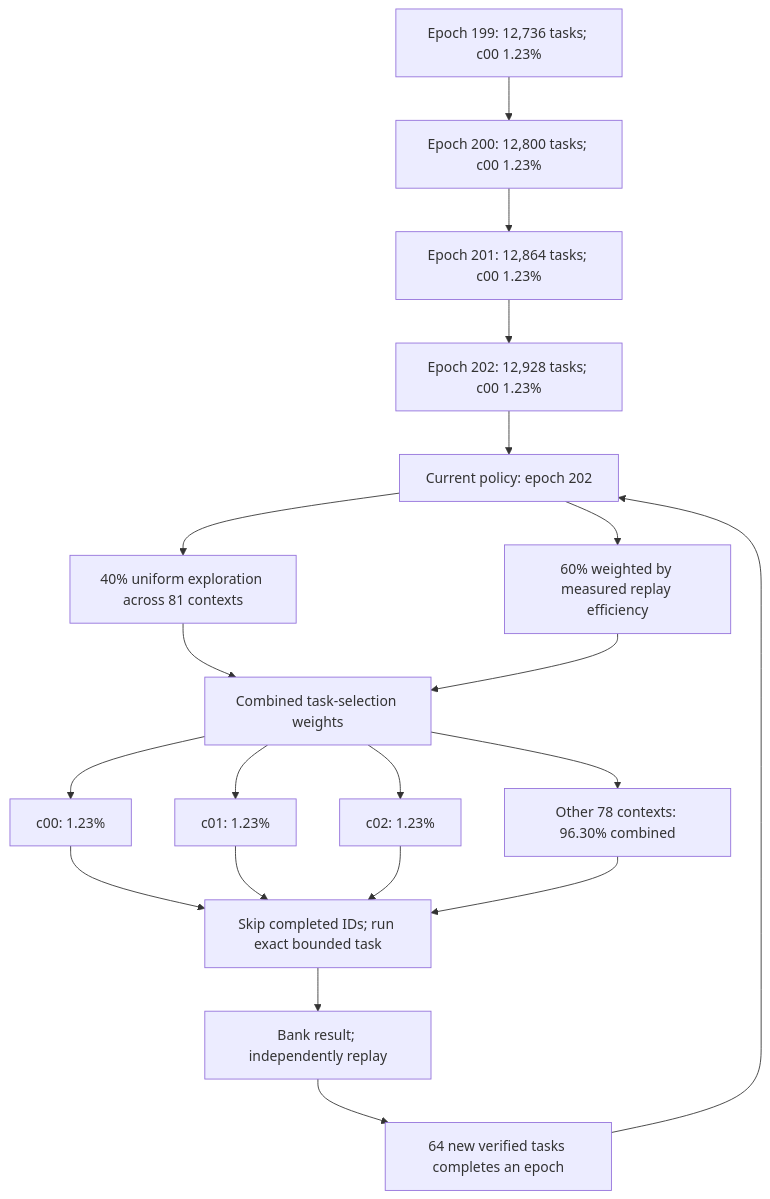
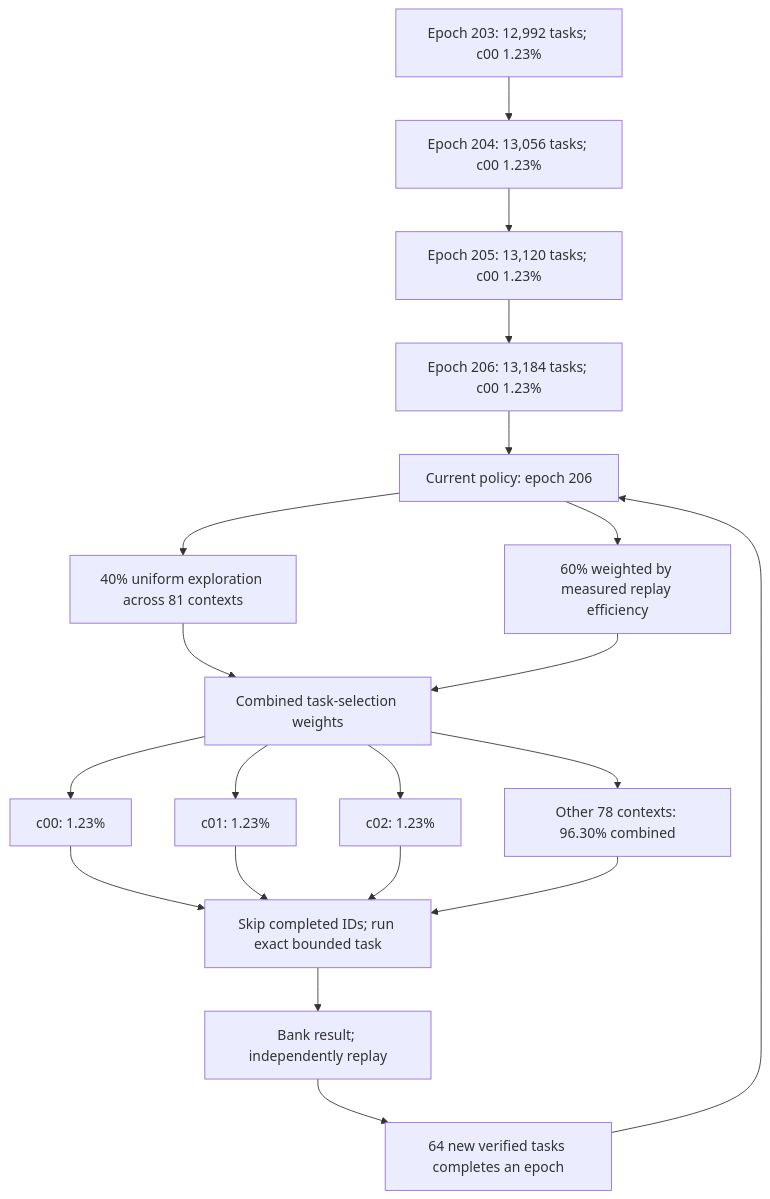
The diagram in README.md (Kuberwastaken/math-gambling), drawn with Mermaid before and after one commit. The commit also changed other lines of this file and 594 other files, not shown here.

````diff
--- a/README.md
+++ b/README.md
@@ -49,27 +49,27 @@
 ```mermaid
 flowchart TD
-    H0["Epoch 199: 12,736 tasks; c00 1.23%"]
-    H1["Epoch 200: 12,800 tasks; c00 1.23%"]
+    H0["Epoch 203: 12,992 tasks; c00 1.23%"]
+    H1["Epoch 204: 13,056 tasks; c00 1.23%"]
     H0 --> H1
-    H2["Epoch 201: 12,864 tasks; c00 1.23%"]
+    H2["Epoch 205: 13,120 tasks; c00 1.23%"]
     H1 --> H2
-    H3["Epoch 202: 12,928 tasks; c00 1.23%"]
+    H3["Epoch 206: 13,184 tasks; c00 1.23%"]
     H2 --> H3
-    Policy["Current policy: epoch 202"]
+    Policy["Current policy: epoch 206"]
     H3 --> Policy
     Policy --> Explore["40% uniform exploration across 81 contexts"]
     Policy --> Cost["60% weighted by measured replay efficiency"]
     Explore --> Mix["Combined task-selection weights"]
     Cost --> Mix
     Mix --> C0["c00: 1.23%"]
     Mix --> C1["c01: 1.23%"]
     Mix --> C2["c02: 1.23%"]
     Mix --> Rest["Other 78 contexts: 96.30% combined"]
     C0 --> Check["Skip completed IDs; run exact bounded task"]
     C1 --> Check
     C2 --> Check
     Rest --> Check
     Check --> Replay["Bank result; independently replay"]
     Replay --> Gate["64 new verified tasks completes an epoch"]
     Gate --> Policy
 ```
````
